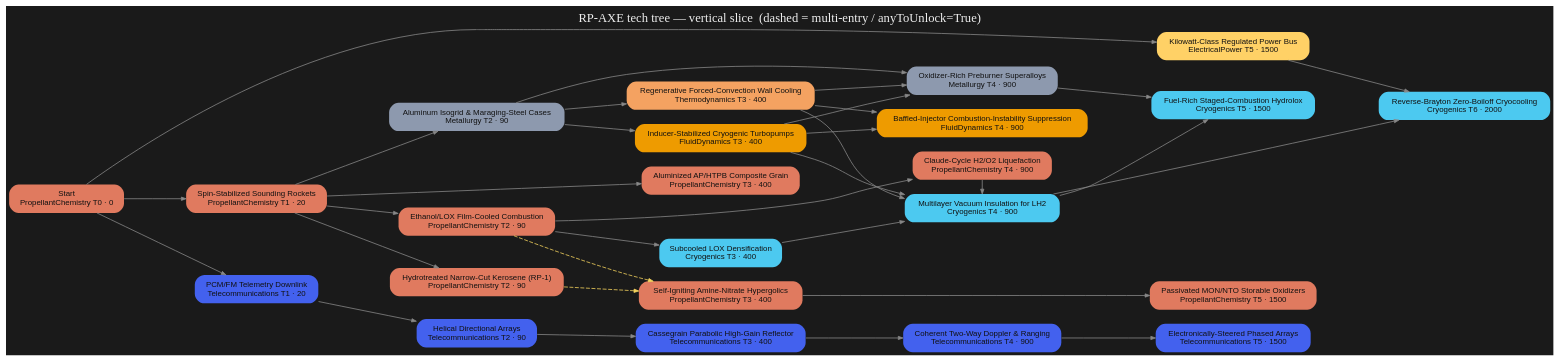
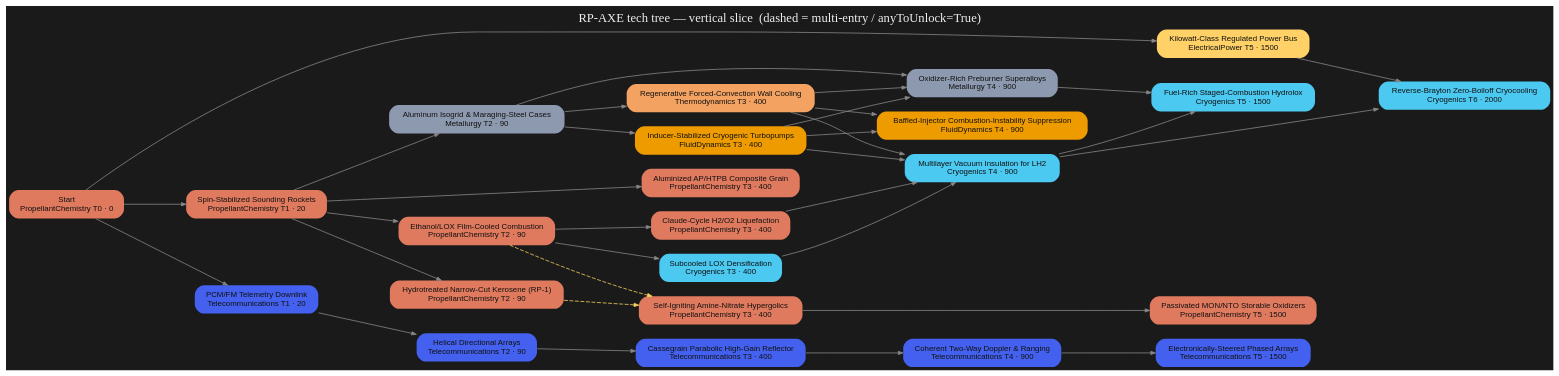
The diagram in tree/render/axe-tree.dot (miskoltrans/RP-AXE), drawn with Graphviz before and after one commit. The commit also changed 5 other files, not shown here.

```diff
--- a/tree/render/axe-tree.dot
+++ b/tree/render/axe-tree.dot
@@ -1,68 +1,68 @@
 digraph AXE {
   rankdir=LR; bgcolor="#1a1a1a"; nodesep=0.25; ranksep=1.1;
   node[shape=box,style="filled,rounded",fontname="Helvetica",fontsize=10,color="#00000000"];
   edge[color="#888888",arrowsize=0.6];
   "start" [label="Start\nPropellantChemistry T0 · 0",fillcolor="#e07a5f",fontcolor="#111111"];
   "soundingRocketry" [label="Spin-Stabilized Sounding Rockets\nPropellantChemistry T1 · 20",fillcolor="#e07a5f",fontcolor="#111111"];
   "pc_ethanolLox" [label="Ethanol/LOX Film-Cooled Combustion\nPropellantChemistry T2 · 90",fillcolor="#e07a5f",fontcolor="#111111"];
   "pc_keroseneHydrotreating" [label="Hydrotreated Narrow-Cut Kerosene (RP-1)\nPropellantChemistry T2 · 90",fillcolor="#e07a5f",fontcolor="#111111"];
   "pc_apcpGrain" [label="Aluminized AP/HTPB Composite Grain\nPropellantChemistry T3 · 400",fillcolor="#e07a5f",fontcolor="#111111"];
   "pc_hypergolicChemistry" [label="Self-Igniting Amine-Nitrate Hypergolics\nPropellantChemistry T3 · 400",fillcolor="#e07a5f",fontcolor="#111111"];
-  "pc_cryoLiquefaction" [label="Claude-Cycle H2/O2 Liquefaction\nPropellantChemistry T4 · 900",fillcolor="#e07a5f",fontcolor="#111111"];
+  "pc_cryoLiquefaction" [label="Claude-Cycle H2/O2 Liquefaction\nPropellantChemistry T3 · 400",fillcolor="#e07a5f",fontcolor="#111111"];
   "pc_storableOxidizers" [label="Passivated MON/NTO Storable Oxidizers\nPropellantChemistry T5 · 1500",fillcolor="#e07a5f",fontcolor="#111111"];
   "met_earlyAlloys" [label="Aluminum Isogrid & Maraging-Steel Cases\nMetallurgy T2 · 90",fillcolor="#8d99ae",fontcolor="#111111"];
   "met_oxRichSuperalloys" [label="Oxidizer-Rich Preburner Superalloys\nMetallurgy T4 · 900",fillcolor="#8d99ae",fontcolor="#111111"];
   "fd_turbopumps" [label="Inducer-Stabilized Cryogenic Turbopumps\nFluidDynamics T3 · 400",fillcolor="#ee9b00",fontcolor="#111111"];
   "fd_combustionStability" [label="Baffled-Injector Combustion-Instability Suppression\nFluidDynamics T4 · 900",fillcolor="#ee9b00",fontcolor="#111111"];
   "th_regenCooling" [label="Regenerative Forced-Convection Wall Cooling\nThermodynamics T3 · 400",fillcolor="#f4a261",fontcolor="#111111"];
   "cryo_loxHandling" [label="Subcooled LOX Densification\nCryogenics T3 · 400",fillcolor="#4cc9f0",fontcolor="#111111"];
   "cryo_lh2Insulation" [label="Multilayer Vacuum Insulation for LH2\nCryogenics T4 · 900",fillcolor="#4cc9f0",fontcolor="#111111"];
   "cryo_stagedHydrolox" [label="Fuel-Rich Staged-Combustion Hydrolox\nCryogenics T5 · 1500",fillcolor="#4cc9f0",fontcolor="#111111"];
   "cryo_zbo" [label="Reverse-Brayton Zero-Boiloff Cryocooling\nCryogenics T6 · 2000",fillcolor="#4cc9f0",fontcolor="#111111"];
   "tel_pcmTelemetry" [label="PCM/FM Telemetry Downlink\nTelecommunications T1 · 20",fillcolor="#4361ee",fontcolor="#111111"];
   "tel_helicalDirectional" [label="Helical Directional Arrays\nTelecommunications T2 · 90",fillcolor="#4361ee",fontcolor="#111111"];
   "tel_cassegrainHGA" [label="Cassegrain Parabolic High-Gain Reflector\nTelecommunications T3 · 400",fillcolor="#4361ee",fontcolor="#111111"];
   "tel_dsnRanging" [label="Coherent Two-Way Doppler & Ranging\nTelecommunications T4 · 900",fillcolor="#4361ee",fontcolor="#111111"];
   "tel_phasedArray" [label="Electronically-Steered Phased Arrays\nTelecommunications T5 · 1500",fillcolor="#4361ee",fontcolor="#111111"];
   "ext_powerGrid" [label="Kilowatt-Class Regulated Power Bus\nElectricalPower T5 · 1500",fillcolor="#ffd166",fontcolor="#111111"];
   { rank=same; "start" }
   { rank=same; "soundingRocketry" "tel_pcmTelemetry" }
   { rank=same; "pc_ethanolLox" "pc_keroseneHydrotreating" "met_earlyAlloys" "tel_helicalDirectional" }
-  { rank=same; "pc_apcpGrain" "pc_hypergolicChemistry" "fd_turbopumps" "th_regenCooling" "cryo_loxHandling" "tel_cassegrainHGA" }
-  { rank=same; "pc_cryoLiquefaction" "met_oxRichSuperalloys" "fd_combustionStability" "cryo_lh2Insulation" "tel_dsnRanging" }
+  { rank=same; "pc_apcpGrain" "pc_hypergolicChemistry" "pc_cryoLiquefaction" "fd_turbopumps" "th_regenCooling" "cryo_loxHandling" "tel_cassegrainHGA" }
+  { rank=same; "met_oxRichSuperalloys" "fd_combustionStability" "cryo_lh2Insulation" "tel_dsnRanging" }
   { rank=same; "pc_storableOxidizers" "cryo_stagedHydrolox" "tel_phasedArray" "ext_powerGrid" }
   { rank=same; "cryo_zbo" }
   "start" -> "soundingRocketry" [style=solid];
   "soundingRocketry" -> "pc_ethanolLox" [style=solid];
   "soundingRocketry" -> "pc_keroseneHydrotreating" [style=solid];
   "soundingRocketry" -> "pc_apcpGrain" [style=solid];
   "pc_ethanolLox" -> "pc_hypergolicChemistry" [style=dashed,color="#f4d35e"];
   "pc_keroseneHydrotreating" -> "pc_hypergolicChemistry" [style=dashed,color="#f4d35e"];
   "pc_ethanolLox" -> "pc_cryoLiquefaction" [style=solid];
   "pc_hypergolicChemistry" -> "pc_storableOxidizers" [style=solid];
   "soundingRocketry" -> "met_earlyAlloys" [style=solid];
   "met_earlyAlloys" -> "met_oxRichSuperalloys" [style=solid];
   "fd_turbopumps" -> "met_oxRichSuperalloys" [style=solid];
   "th_regenCooling" -> "met_oxRichSuperalloys" [style=solid];
   "met_earlyAlloys" -> "fd_turbopumps" [style=solid];
   "fd_turbopumps" -> "fd_combustionStability" [style=solid];
   "th_regenCooling" -> "fd_combustionStability" [style=solid];
   "met_earlyAlloys" -> "th_regenCooling" [style=solid];
   "pc_ethanolLox" -> "cryo_loxHandling" [style=solid];
   "cryo_loxHandling" -> "cryo_lh2Insulation" [style=solid];
   "pc_cryoLiquefaction" -> "cryo_lh2Insulation" [style=solid];
   "fd_turbopumps" -> "cryo_lh2Insulation" [style=solid];
   "th_regenCooling" -> "cryo_lh2Insulation" [style=solid];
   "cryo_lh2Insulation" -> "cryo_stagedHydrolox" [style=solid];
   "met_oxRichSuperalloys" -> "cryo_stagedHydrolox" [style=solid];
   "cryo_lh2Insulation" -> "cryo_zbo" [style=solid];
   "ext_powerGrid" -> "cryo_zbo" [style=solid];
   "start" -> "tel_pcmTelemetry" [style=solid];
   "tel_pcmTelemetry" -> "tel_helicalDirectional" [style=solid];
   "tel_helicalDirectional" -> "tel_cassegrainHGA" [style=solid];
   "tel_cassegrainHGA" -> "tel_dsnRanging" [style=solid];
   "tel_dsnRanging" -> "tel_phasedArray" [style=solid];
   "start" -> "ext_powerGrid" [style=solid];
   labelloc="t"; fontcolor="#eeeeee"; fontsize=16;
   label="RP-AXE tech tree — vertical slice  (dashed = multi-entry / anyToUnlock=True)";
 }
```
